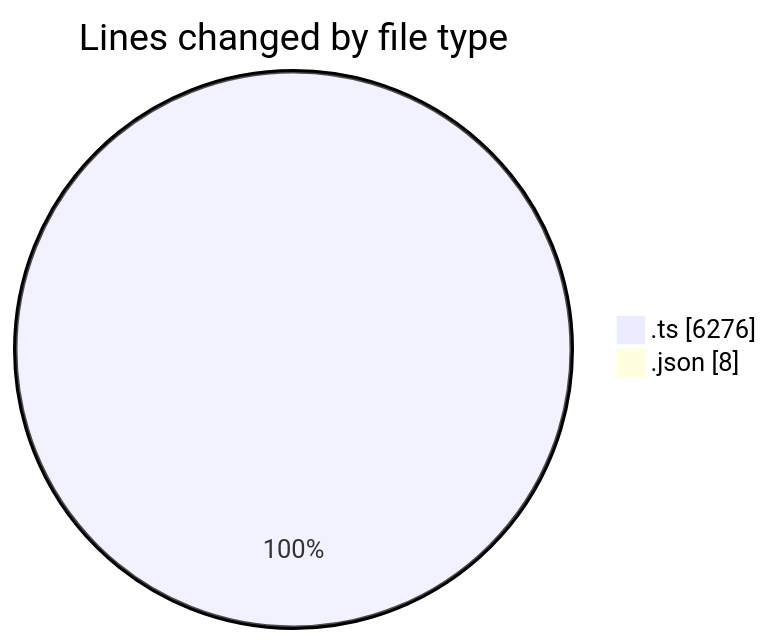
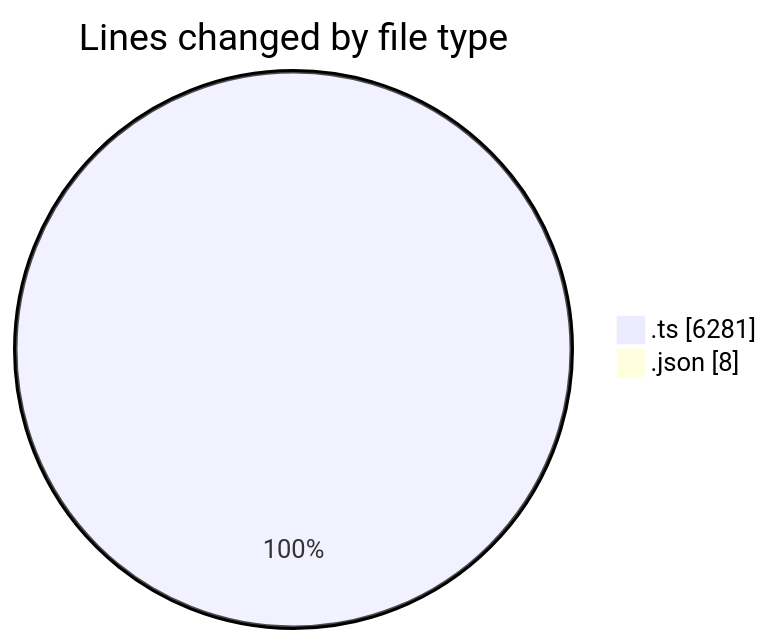
One commit to momahboobian/code-tracking changed the first of 2 diagrams in 2026-07-31/broadcaster-playout-dashboard/README.md. Above: the diagram before and after it, drawn with Mermaid. The commit also changed other lines of this file and 1 other file, not shown here.

````diff
--- a/2026-07-31/broadcaster-playout-dashboard/README.md
+++ b/2026-07-31/broadcaster-playout-dashboard/README.md
@@ -34,6 +34,6 @@
 ```mermaid
 pie showData
 title Lines changed by file type
-".ts" : 6276
+".ts" : 6281
 ".json" : 8
 ```
````
